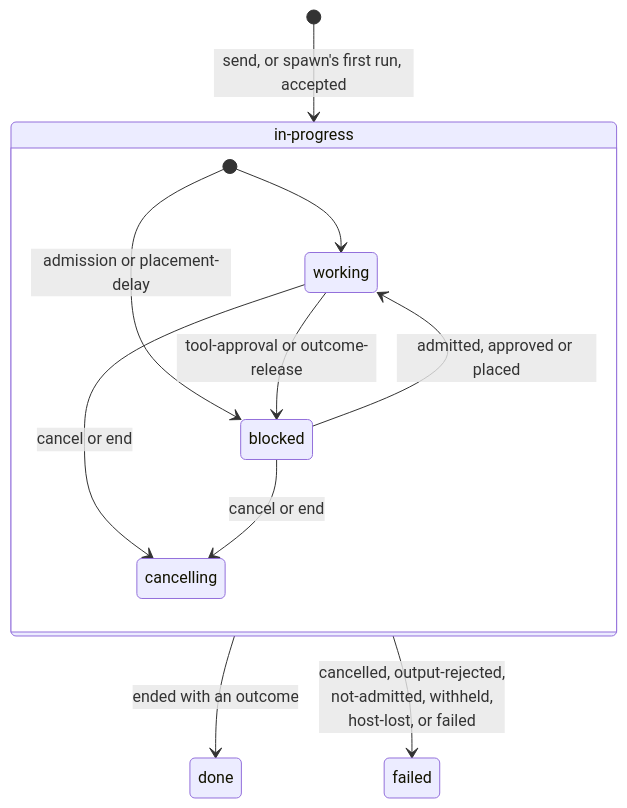
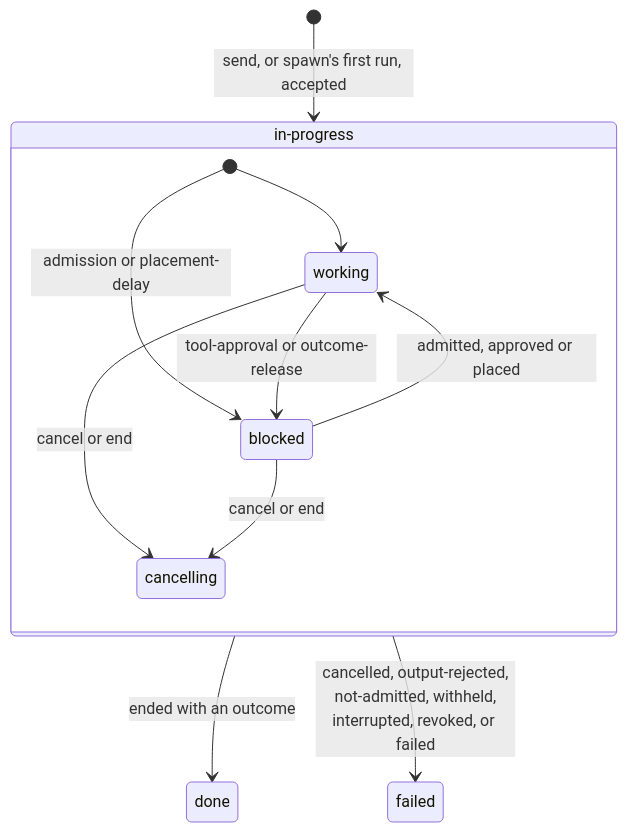
Before and after one commit to cosmonic-labs/agent-sdk: the second of 2 diagrams in wit/cosmonic-agent/docs/spawn/CONFORMANCE.md, drawn with Mermaid. The commit also changed other lines of this file and 1 other file, not shown here.

````diff
--- a/wit/cosmonic-agent/docs/spawn/CONFORMANCE.md
+++ b/wit/cosmonic-agent/docs/spawn/CONFORMANCE.md
@@ -407,14 +466,14 @@
 ```mermaid
 stateDiagram-v2
     state "in-progress" as in_progress {
         [*] --> working
         [*] --> blocked: admission or placement-delay
         working --> blocked: tool-approval or outcome-release
         blocked --> working: admitted, approved or placed
         working --> cancelling: cancel or end
         blocked --> cancelling: cancel or end
     }
     [*] --> in_progress: send, or spawn's first run, accepted
     in_progress --> done: ended with an outcome
-    in_progress --> failed: cancelled, output-rejected,<br>not-admitted, withheld,<br>host-lost, or failed
+    in_progress --> failed: cancelled, output-rejected,<br>not-admitted, withheld,<br>interrupted, revoked, or failed
 ```
````
